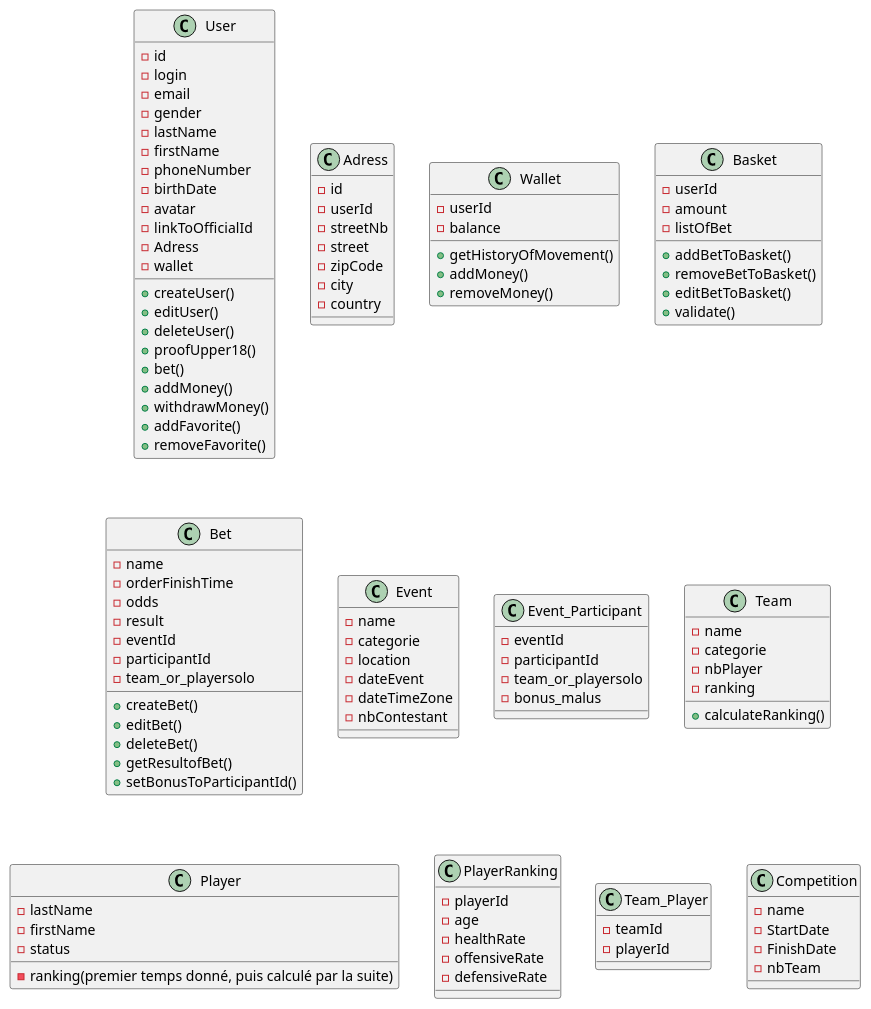
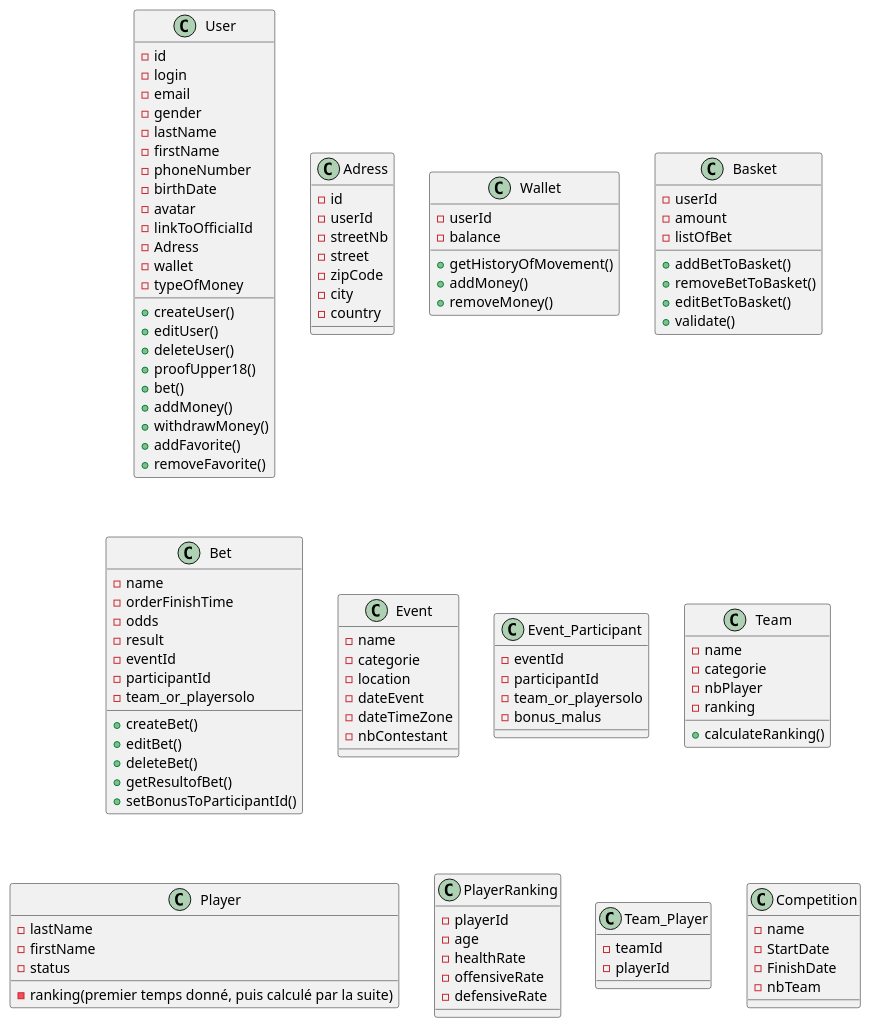
The diagram in diagram_class/parisportif_2.plantuml (OFP-CDA-Mulhouse-2020/parisportif2), drawn with PlantUML before and after one commit. The commit also changed 3 other files, not shown here.

```diff
--- a/diagram_class/parisportif_2.plantuml
+++ b/diagram_class/parisportif_2.plantuml
@@ -1,131 +1,132 @@
 @startuml parisportif
 
 class User{
     - id
     - login
     - email
     - gender
     - lastName
     - firstName
     - phoneNumber
     - birthDate
     - avatar
     - linkToOfficialId
     - Adress
     - wallet
+    - typeOfMoney
 
     + createUser()
     + editUser()
     + deleteUser()
     + proofUpper18()
     + bet()
     + addMoney()
     + withdrawMoney()
     + addFavorite()
     + removeFavorite()
 }
 
 class Adress{
     - id
     - userId
     - streetNb
     - street
     - zipCode
     - city
     - country
 }
 
 
 class Wallet{
     - userId
     - balance
 
     + getHistoryOfMovement()
     + addMoney()
     + removeMoney()
 }
 
 class Basket{
     - userId
     - amount
     - listOfBet
 
     + addBetToBasket()
     + removeBetToBasket()
     + editBetToBasket()
     + validate()
 }
 
 
 
 class Bet{
     - name
     - orderFinishTime
     - odds
     - result
     - eventId
     - participantId
     - team_or_playersolo
 
 
     + createBet()
     + editBet()
     + deleteBet()
     + getResultofBet()
     + setBonusToParticipantId()
 }
 
 
 class Event{
     - name
     - categorie
     - location
     - dateEvent
     - dateTimeZone
     - nbContestant
 }
 
 class Event_Participant{
     - eventId
     - participantId
     - team_or_playersolo
     - bonus_malus
 }
 
 class Team{
     - name
     - categorie
     - nbPlayer
     - ranking
 
     + calculateRanking()
 }
 
 class Player{
     - lastName
     - firstName
     - status
     - ranking(premier temps donné, puis calculé par la suite)
 }
 
 class PlayerRanking{
     - playerId
     - age
     - healthRate
     - offensiveRate
     - defensiveRate
 }
 
 class Team_Player{
     - teamId
     - playerId
 }
 
 class Competition{
     - name
     - StartDate
     - FinishDate
     - nbTeam
 }
 
 @enduml
```
